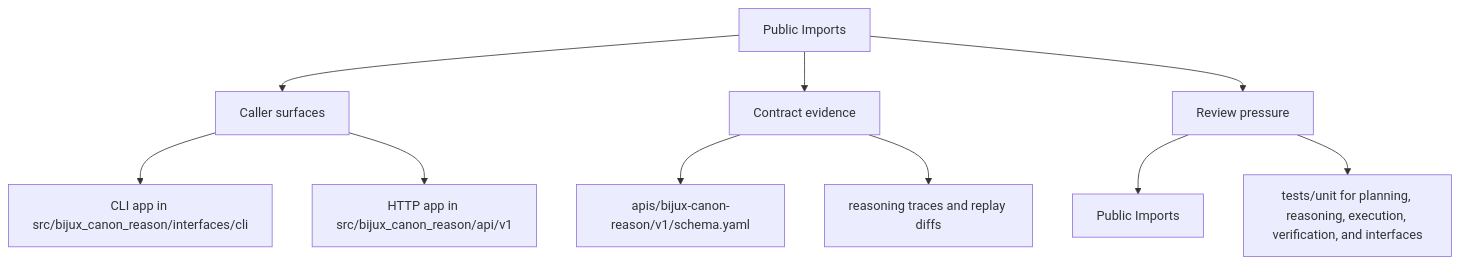
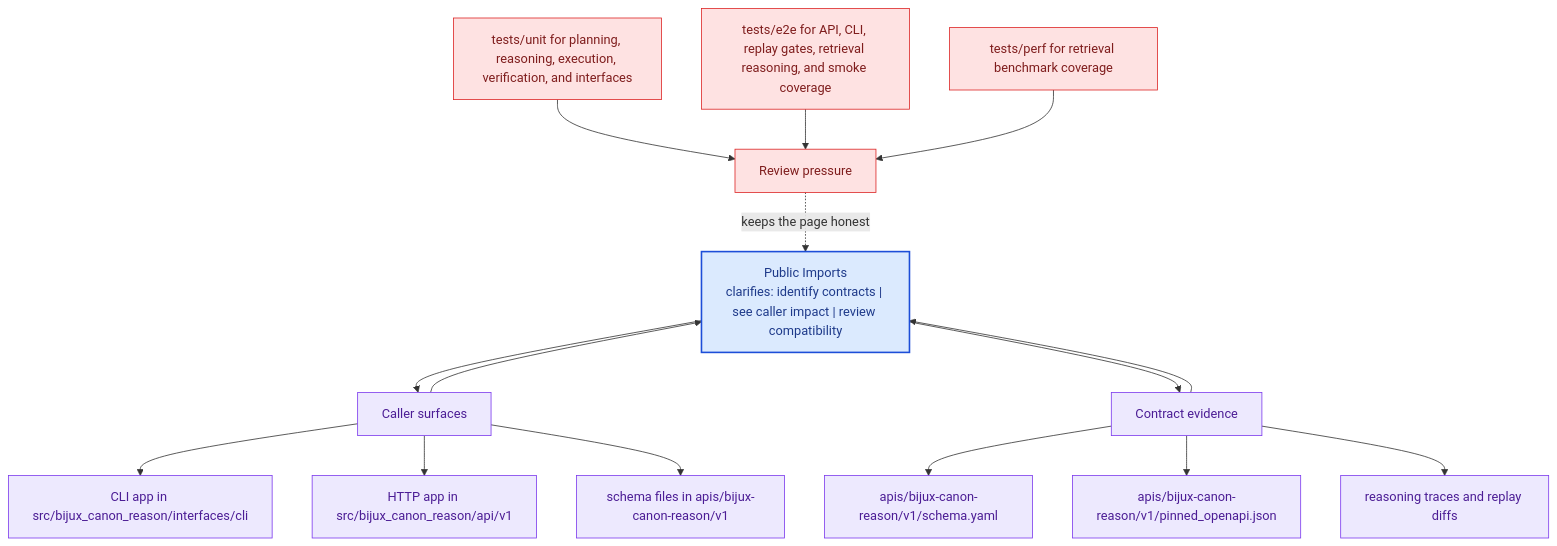
One commit to bijux/bijux-canon changed the second of 2 diagrams in docs/bijux-canon-reason/interfaces/public-imports.md. Above: the diagram before and after it, drawn with Mermaid. The commit also changed other lines of this file and 281 other files, not shown here.

Commit message:
docs(diagrams): deepen handbook mermaid maps across the catalog

````diff
--- a/docs/bijux-canon-reason/interfaces/public-imports.md
+++ b/docs/bijux-canon-reason/interfaces/public-imports.md
@@ -35,22 +68,41 @@
 ```mermaid
-flowchart TD
-    page["Public Imports"]
+flowchart TB
+    promise["Public Imports<br/>clarifies: identify contracts | see caller impact | review compatibility"]
+    classDef promise fill:#dbeafe,stroke:#1d4ed8,color:#1e3a8a,stroke-width:2px;
+    classDef driver fill:#dcfce7,stroke:#16a34a,color:#14532d;
+    classDef constraint fill:#fee2e2,stroke:#dc2626,color:#7f1d1d;
+    classDef ground fill:#ede9fe,stroke:#7c3aed,color:#4c1d95;
     focus1["Caller surfaces"]
-    page --> focus1
+    focus1 --> promise
+    promise --> focus1
     focus1_1["CLI app in src/bijux_canon_reason/interfaces/cli"]
     focus1 --> focus1_1
     focus1_2["HTTP app in src/bijux_canon_reason/api/v1"]
     focus1 --> focus1_2
+    focus1_3["schema files in apis/bijux-canon-reason/v1"]
+    focus1 --> focus1_3
+    class focus1 ground;
+    class focus1_1,focus1_2,focus1_3 ground;
     focus2["Contract evidence"]
-    page --> focus2
+    focus2 --> promise
+    promise --> focus2
     focus2_1["apis/bijux-canon-reason/v1/schema.yaml"]
     focus2 --> focus2_1
-    focus2_2["reasoning traces and replay diffs"]
+    focus2_2["apis/bijux-canon-reason/v1/pinned_openapi.json"]
     focus2 --> focus2_2
+    focus2_3["reasoning traces and replay diffs"]
+    focus2 --> focus2_3
+    class focus2 ground;
+    class focus2_1,focus2_2,focus2_3 ground;
     focus3["Review pressure"]
-    page --> focus3
-    focus3_1["Public Imports"]
-    focus3 --> focus3_1
-    focus3_2["tests/unit for planning, reasoning, execution, verification, and interfaces"]
-    focus3 --> focus3_2
+    focus3 -.keeps the page honest.-> promise
+    focus3_1["tests/unit for planning, reasoning, execution, verification, and interfaces"]
+    focus3_1 --> focus3
+    focus3_2["tests/e2e for API, CLI, replay gates, retrieval reasoning, and smoke coverage"]
+    focus3_2 --> focus3
+    focus3_3["tests/perf for retrieval benchmark coverage"]
+    focus3_3 --> focus3
+    class focus3 constraint;
+    class focus3_1,focus3_2,focus3_3 constraint;
+    class promise promise;
 ```
````
